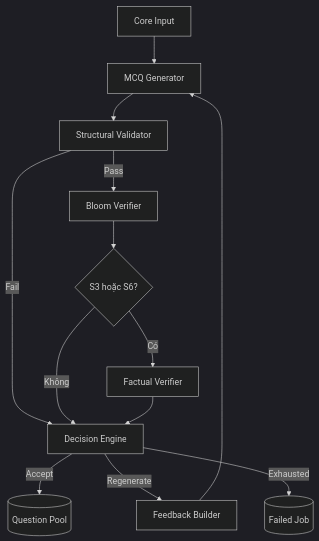
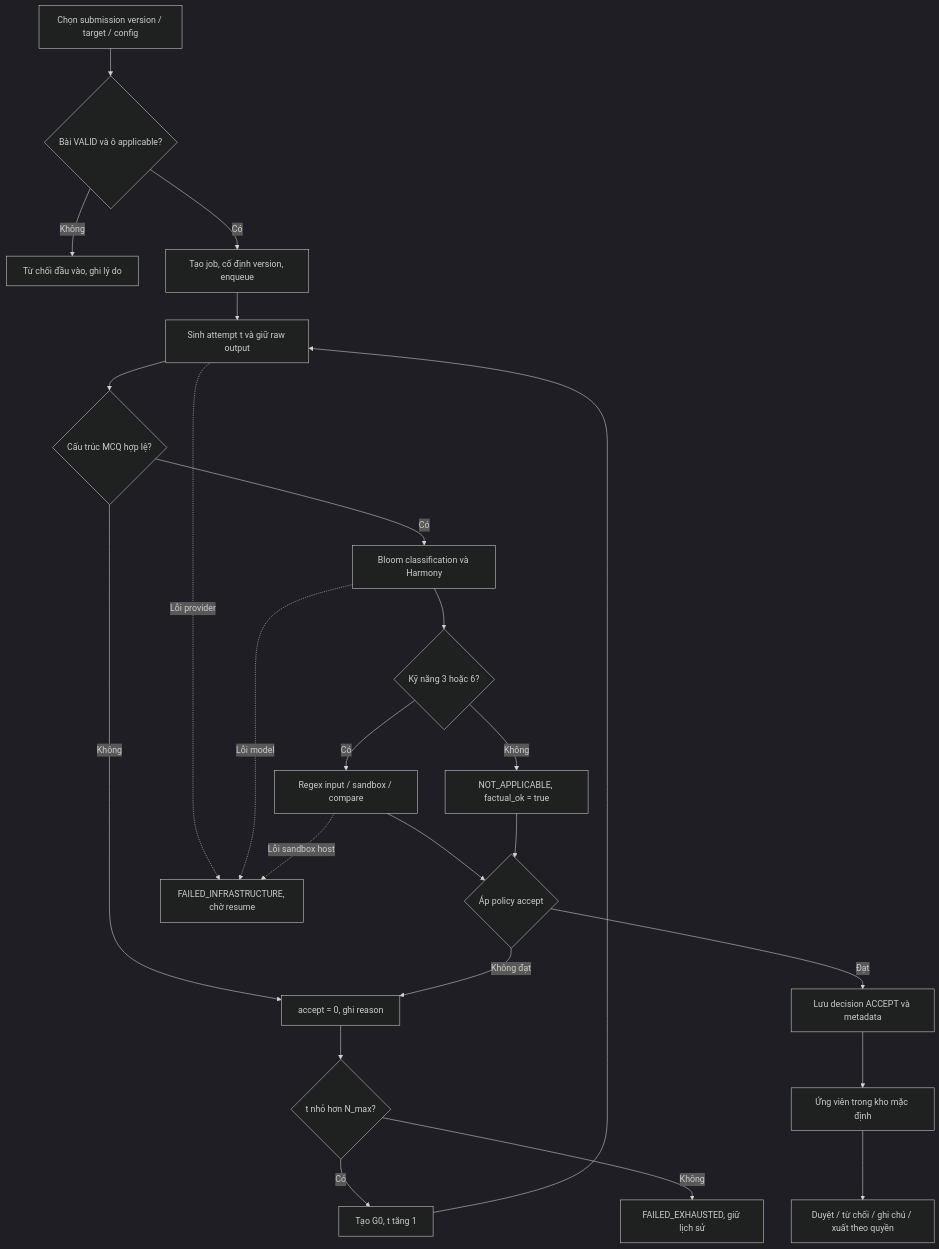
One commit to vdthang221/DACN_261_RAG_APPLICATION changed the second of 3 diagrams in docs/SD_PROPOSED.md. Above: the diagram before and after it, drawn with Mermaid (dark theme). The commit also changed other lines of this file and 2 other files, not shown here.

Commit message:
docs: align proposed design with RE and add ERD guides

````diff
--- a/docs/SD_PROPOSED.md
+++ b/docs/SD_PROPOSED.md
@@ -81,15 +93,26 @@
 ```mermaid
 flowchart TD
-    Input[Core Input] --> Generate[MCQ Generator]
-    Generate --> Structural[Structural Validator]
-    Structural -->|Pass| Bloom[Bloom Verifier]
-    Structural -->|Fail| Decide[Decision Engine]
-    Bloom --> Factual{S3 hoặc S6?}
-    Factual -->|Có| Execute[Factual Verifier]
-    Factual -->|Không| Decide
-    Execute --> Decide
-    Decide -->|Accept| Pool[(Question Pool)]
-    Decide -->|Regenerate| Feedback[Feedback Builder]
-    Feedback --> Generate
-    Decide -->|Exhausted| Failed[(Failed Job)]
+    Input[Chọn submission version / target / config] --> Gate{Bài VALID và ô applicable?}
+    Gate -->|Không| Reject[Từ chối đầu vào, ghi lý do]
+    Gate -->|Có| Job[Tạo job, cố định version, enqueue]
+    Job --> Gen[Sinh attempt t và giữ raw output]
+    Gen --> Structure{Cấu trúc MCQ hợp lệ?}
+    Structure -->|Không| Failed[accept = 0, ghi reason]
+    Structure -->|Có| B[Bloom classification và Harmony]
+    B --> Skill{Kỹ năng 3 hoặc 6?}
+    Skill -->|Có| F[Regex input / sandbox / compare]
+    Skill -->|Không| NA[NOT_APPLICABLE, factual_ok = true]
+    F --> Decide{Áp policy accept}
+    NA --> Decide
+    Decide -->|Đạt| Save[Lưu decision ACCEPT và metadata]
+    Decide -->|Không đạt| Failed
+    Failed --> Budget{t nhỏ hơn N_max?}
+    Budget -->|Có| Feedback[Tạo G0, t tăng 1]
+    Feedback --> Gen
+    Budget -->|Không| Exhausted[FAILED_EXHAUSTED, giữ lịch sử]
+    Gen -. Lỗi provider .-> Infra[FAILED_INFRASTRUCTURE, chờ resume]
+    B -. Lỗi model .-> Infra
+    F -. Lỗi sandbox host .-> Infra
+    Save --> Pool[Ứng viên trong kho mặc định]
+    Pool --> Review[Duyệt / từ chối / ghi chú / xuất theo quyền]
 ```
````
